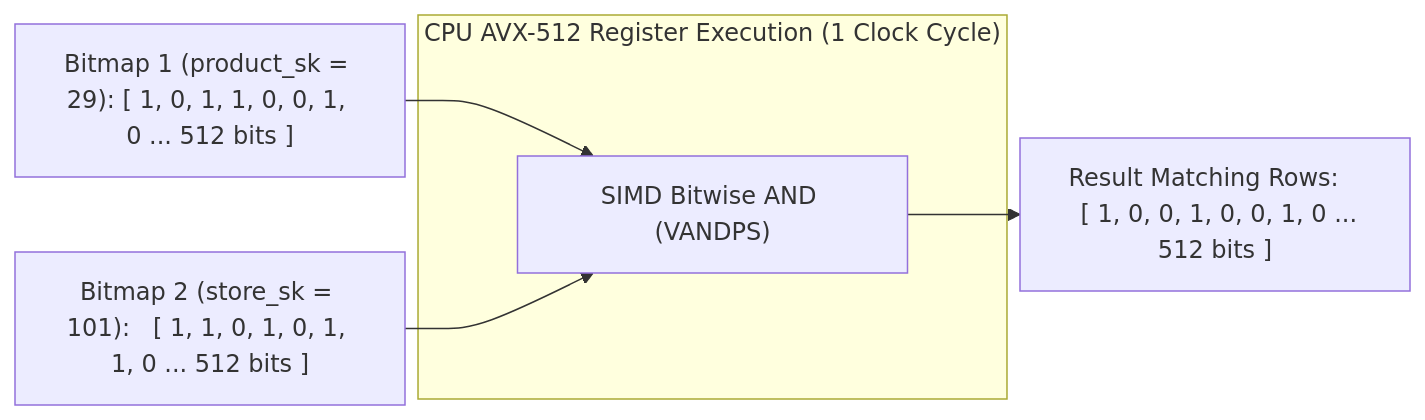
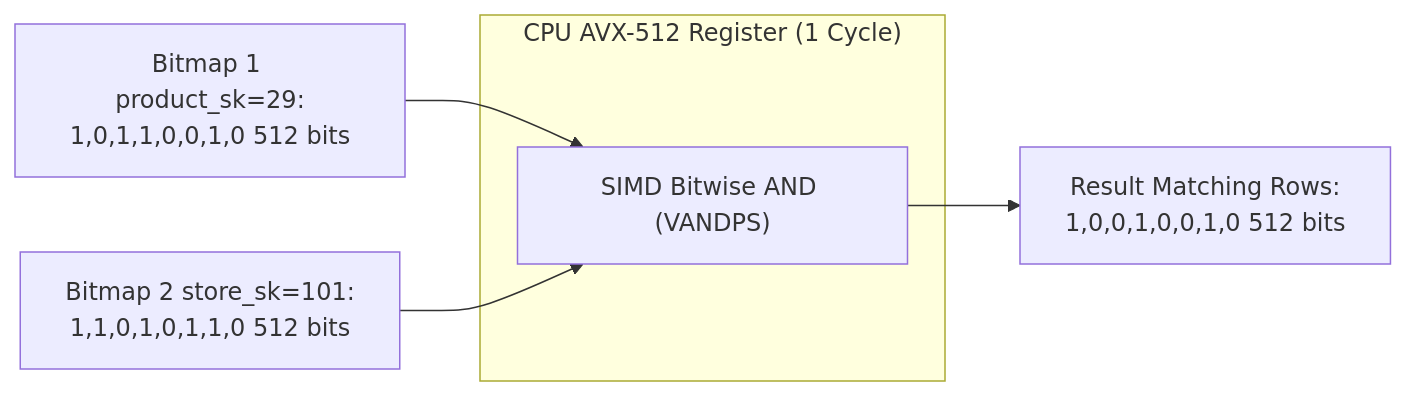
Before and after one commit to 1mimhe/books-summery: the ninth of 12 diagrams in 01 Designing Data-Intensive Applications/chapter-04-storage-and-retrieval.md, drawn with Mermaid. The commit also changed other lines of this file and 1 other file, not shown here.

````diff
--- a/01 Designing Data-Intensive Applications/chapter-04-storage-and-retrieval.md
+++ b/01 Designing Data-Intensive Applications/chapter-04-storage-and-retrieval.md
@@ -577,15 +436,12 @@
 ```mermaid
 flowchart LR
-  BM1["Bitmap 1 (product_sk = 29): [ 1, 0, 1, 1, 0, 0, 1, 0 ... 512 bits ]"]
-  BM2["Bitmap 2 (store_sk = 101):   [ 1, 1, 0, 1, 0, 1, 1, 0 ... 512 bits ]"]
-
-  subgraph SIMD["CPU AVX-512 Register Execution (1 Clock Cycle)"]
+  BM1["Bitmap 1 product_sk=29:<br/>1,0,1,1,0,0,1,0 512 bits"]
+  BM2["Bitmap 2 store_sk=101:<br/>1,1,0,1,0,1,1,0 512 bits"]
+  subgraph SIMD["CPU AVX-512 Register (1 Cycle)"]
     OP["SIMD Bitwise AND (VANDPS)"]
   end
-
-  BM_RES["Result Matching Rows:     [ 1, 0, 0, 1, 0, 0, 1, 0 ... 512 bits ]"]
-
+  BM_RES["Result Matching Rows:<br/>1,0,0,1,0,0,1,0 512 bits"]
   BM1 --> OP
   BM2 --> OP
   OP --> BM_RES
 ```
````
